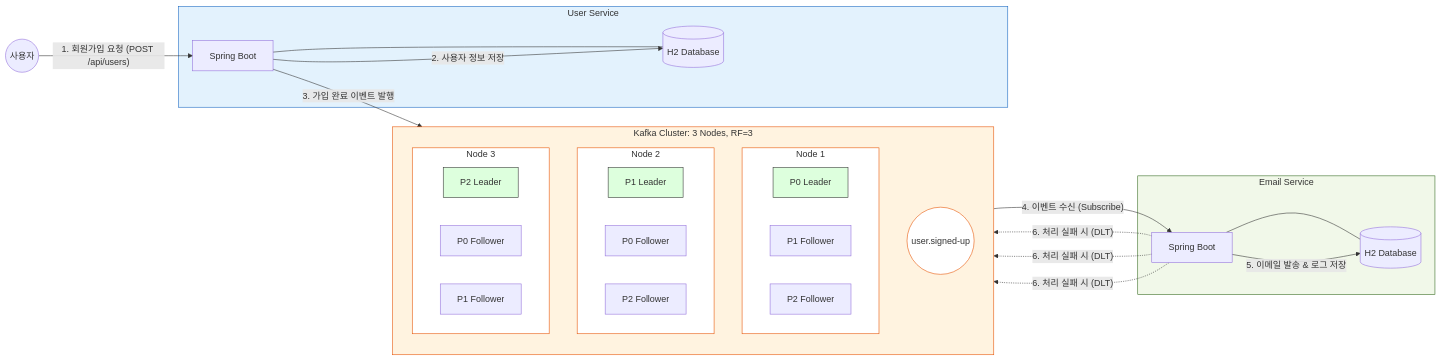
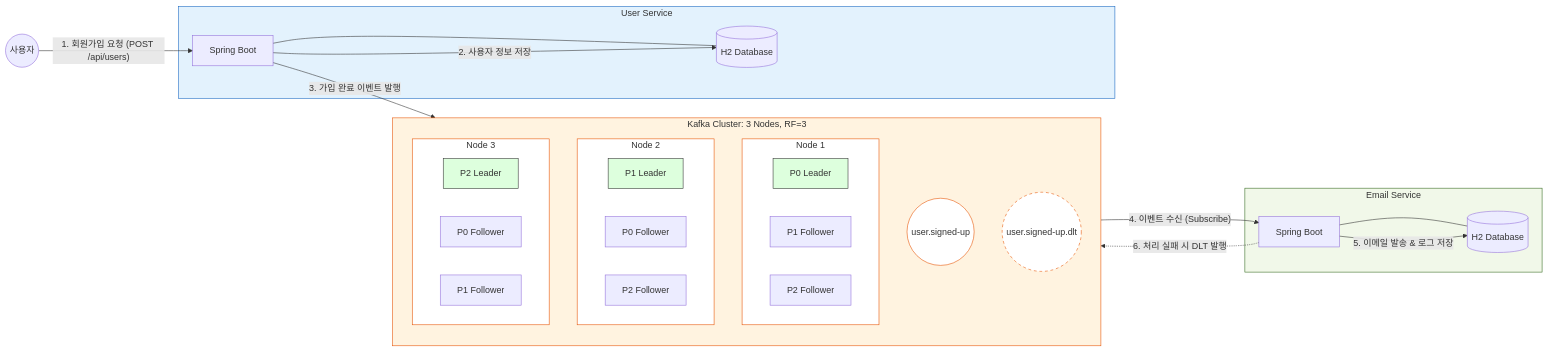
Before and after one commit to muzzaiwork/kafka: the diagram in 07-msa-project/Project-Design.md, drawn with Mermaid.

Commit message:
docs: correct DLT arrow direction and structure in architecture diagram

````diff
--- a/07-msa-project/Project-Design.md
+++ b/07-msa-project/Project-Design.md
@@ -23,54 +23,54 @@
 ```mermaid
 graph LR
     subgraph UserService [User Service]
         U_App[Spring Boot]
         U_DB[(H2 Database)]
         U_App --- U_DB
     end
 
     subgraph KafkaCluster [Kafka Cluster: 3 Nodes, RF=3]
         direction TB
         subgraph Broker1 [Node 1]
             P0_L[P0 Leader]
             P1_F1[P1 Follower]
             P2_F2[P2 Follower]
         end
         subgraph Broker2 [Node 2]
             P1_L[P1 Leader]
             P0_F1[P0 Follower]
             P2_F1[P2 Follower]
         end
         subgraph Broker3 [Node 3]
             P2_L[P2 Leader]
             P0_F2[P0 Follower]
             P1_F2[P1 Follower]
         end
         Topic((user.signed-up))
+        DLT_Topic((user.signed-up.dlt))
     end
 
     subgraph EmailService [Email Service]
         E_App[Spring Boot]
         E_DB[(H2 Database)]
         E_App --- E_DB
     end
 
     User((사용자)) -- "1. 회원가입 요청 (POST /api/users)" --> U_App
     U_App -- "2. 사용자 정보 저장" --> U_DB
     U_App -- "3. 가입 완료 이벤트 발행" --> Topic
     Topic -- "4. 이벤트 수신 (Subscribe)" --> E_App
     E_App -- "5. 이메일 발송 & 로그 저장" --> E_DB
-    E_App -. "6. 처리 실패 시 (DLT)" .-> Broker1
-    E_App -. "6. 처리 실패 시 (DLT)" .-> Broker2
-    E_App -. "6. 처리 실패 시 (DLT)" .-> Broker3
+    E_App -. "6. 처리 실패 시 DLT 발행" .-> DLT_Topic
 
     style UserService fill:#e3f2fd,stroke:#1565c0
     style EmailService fill:#f1f8e9,stroke:#33691e
     style KafkaCluster fill:#fff3e0,stroke:#e65100
     style Broker1 fill:#ffffff,stroke:#e65100
     style Broker2 fill:#ffffff,stroke:#e65100
     style Broker3 fill:#ffffff,stroke:#e65100
     style P0_L fill:#dfd,stroke:#333
     style P1_L fill:#dfd,stroke:#333
     style P2_L fill:#dfd,stroke:#333
     style Topic fill:#ffffff,stroke:#e65100
+    style DLT_Topic fill:#ffffff,stroke:#e65100,stroke-dasharray: 5 5
 ```
````
